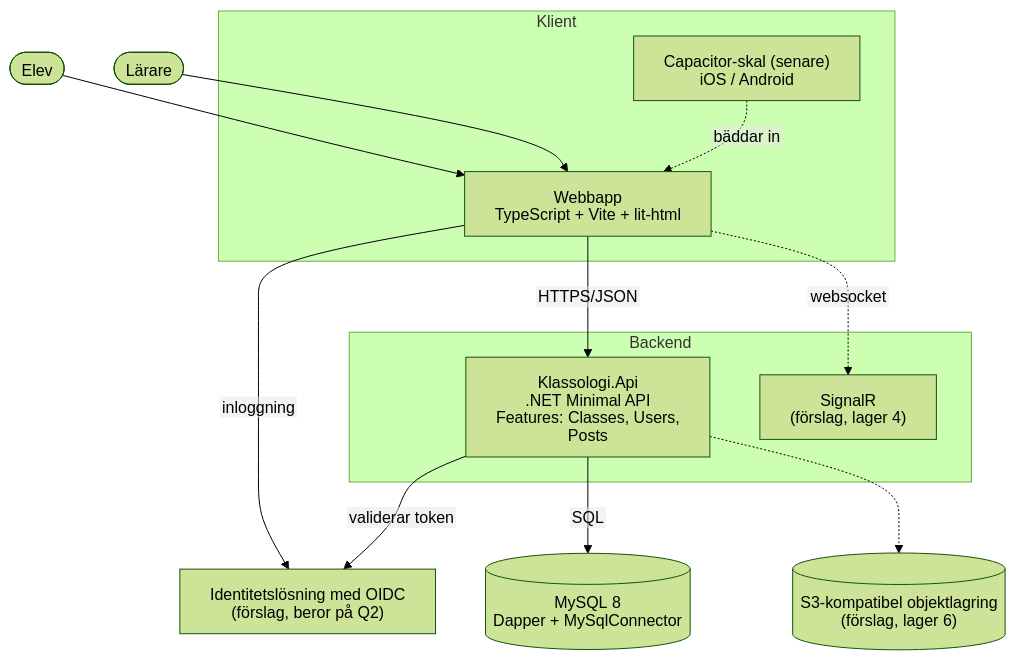
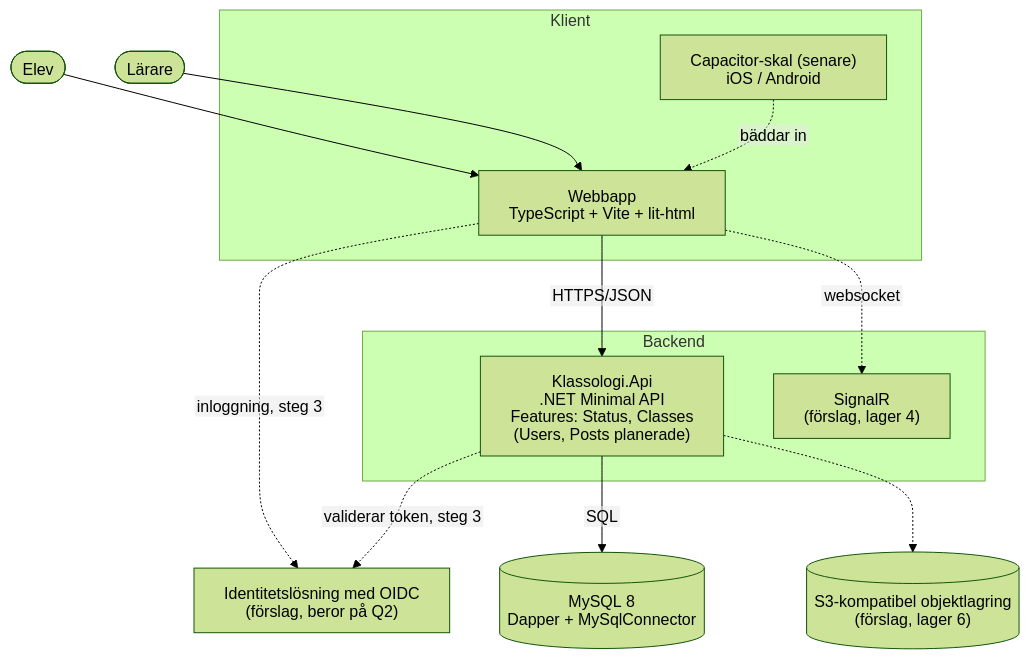
One commit to WeeHorse/Klassologi changed the second of 3 diagrams in Specifications/Architecture.md. Above: the diagram before and after it, drawn with Mermaid (forest theme). The commit also changed other lines of this file and 16 other files, not shown here.

````diff
--- a/Specifications/Architecture.md
+++ b/Specifications/Architecture.md
@@ -36,30 +38,30 @@
 ```mermaid
 %%{init: {"htmlLabels": false, "flowchart": {"htmlLabels": false}}}%%
 flowchart TB
     elev([Elev])
     larare([Lärare])
 
     subgraph klient[Klient]
         web["Webbapp<br/>TypeScript + Vite + lit-html"]
         cap["Capacitor-skal (senare)<br/>iOS / Android"]
     end
 
     subgraph backend[Backend]
-        api["Klassologi.Api<br/>.NET Minimal API<br/>Features: Classes, Users, Posts"]
+        api["Klassologi.Api<br/>.NET Minimal API<br/>Features: Status, Classes<br/>(Users, Posts planerade)"]
         rt["SignalR<br/>(förslag, lager 4)"]
     end
 
     db[("MySQL 8<br/>Dapper + MySqlConnector")]
     auth["Identitetslösning med OIDC<br/>(förslag, beror på Q2)"]
     s3[("S3-kompatibel objektlagring<br/>(förslag, lager 6)")]
 
     elev --> web
     larare --> web
     cap -. bäddar in .-> web
     web -- HTTPS/JSON --> api
     web -. websocket .-> rt
-    web -- inloggning --> auth
-    api -- validerar token --> auth
+    web -. inloggning, steg 3 .-> auth
+    api -. validerar token, steg 3 .-> auth
     api -- SQL --> db
     api -.-> s3
 ```
````
